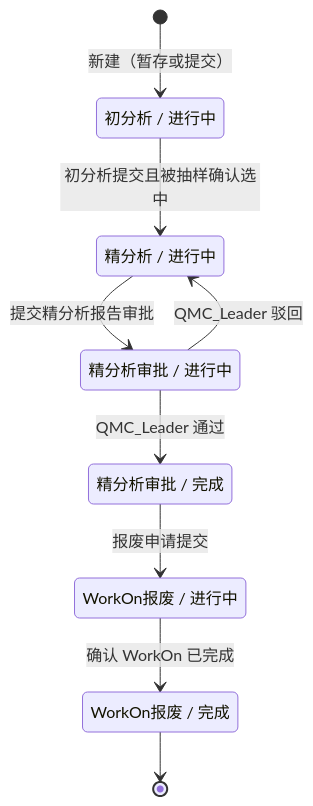
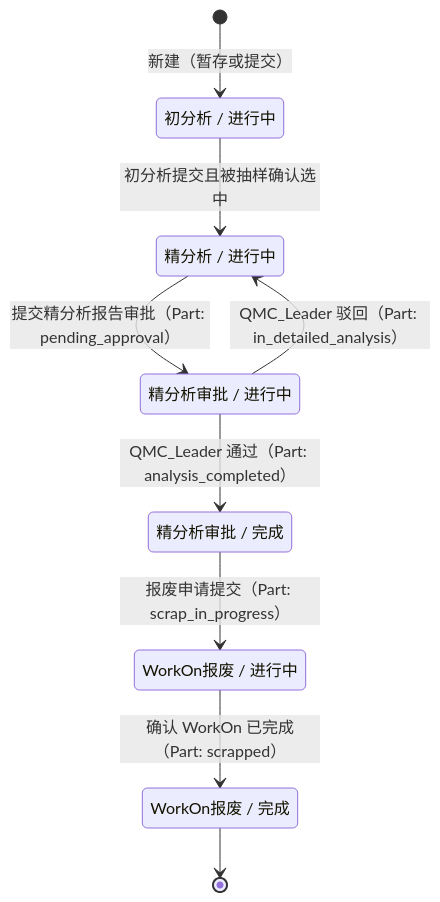
One commit to xvfeiran/wfam-doc changed the fifth of 15 diagrams in 01-设计文档/开发设计文档.md. Above: the diagram before and after it, drawn with Mermaid. The commit also changed other lines of this file and 1 other file, not shown here.

Commit message:
docs: update design doc and test doc for part-analysis order status sync

````diff
--- a/01-设计文档/开发设计文档.md
+++ b/01-设计文档/开发设计文档.md
@@ -375,18 +375,18 @@
 ```mermaid
 stateDiagram-v2
     state "初分析 / 进行中" as ia_ip
     state "精分析 / 进行中" as da_ip
     state "精分析审批 / 进行中" as ap_ip
     state "精分析审批 / 完成" as ap_done
     state "WorkOn报废 / 进行中" as scrap_ip
     state "WorkOn报废 / 完成" as scrap_done
 
     [*] --> ia_ip: 新建（暂存或提交）
     ia_ip --> da_ip: 初分析提交且被抽样确认选中
-    da_ip --> ap_ip: 提交精分析报告审批
-    ap_ip --> da_ip: QMC_Leader 驳回
-    ap_ip --> ap_done: QMC_Leader 通过
-    ap_done --> scrap_ip: 报废申请提交
-    scrap_ip --> scrap_done: 确认 WorkOn 已完成
+    da_ip --> ap_ip: 提交精分析报告审批（Part: pending_approval）
+    ap_ip --> da_ip: QMC_Leader 驳回（Part: in_detailed_analysis）
+    ap_ip --> ap_done: QMC_Leader 通过（Part: analysis_completed）
+    ap_done --> scrap_ip: 报废申请提交（Part: scrap_in_progress）
+    scrap_ip --> scrap_done: 确认 WorkOn 已完成（Part: scrapped）
     scrap_done --> [*]
 ```
````
